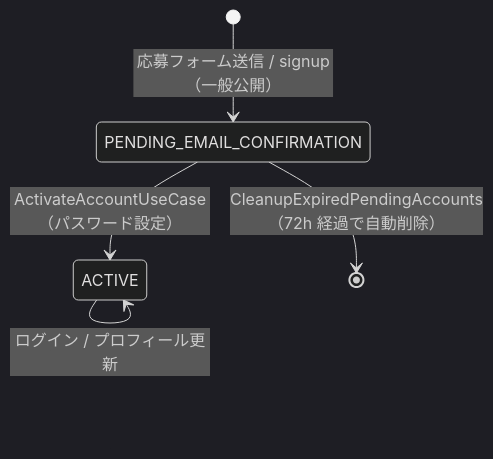
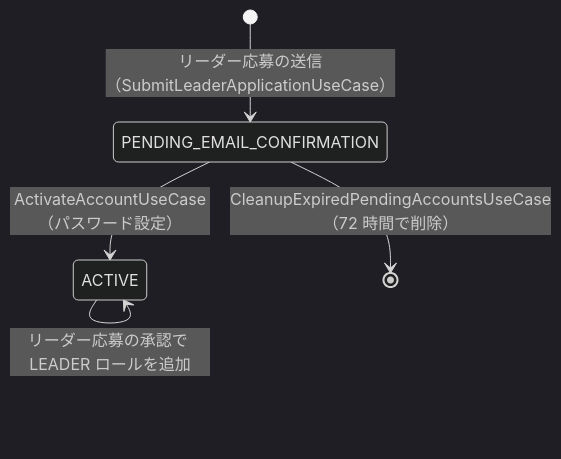
Before and after one commit to Physicalfunding/PhysiFun: the fourth of 5 diagrams in docs/specs/02_domain-model.md, drawn with Mermaid (dark theme). The commit also changed other lines of this file and 4 other files, not shown here.

````diff
--- a/docs/specs/02_domain-model.md
+++ b/docs/specs/02_domain-model.md
@@ -368,7 +282,7 @@
 ```mermaid
 stateDiagram-v2
-    [*] --> PENDING_EMAIL_CONFIRMATION : 応募フォーム送信 / signup（一般公開）
+    [*] --> PENDING_EMAIL_CONFIRMATION : リーダー応募の送信（SubmitLeaderApplicationUseCase）
     PENDING_EMAIL_CONFIRMATION --> ACTIVE : ActivateAccountUseCase（パスワード設定）
-    PENDING_EMAIL_CONFIRMATION --> [*] : CleanupExpiredPendingAccounts（72h 経過で自動削除）
-    ACTIVE --> ACTIVE : ログイン / プロフィール更新
+    PENDING_EMAIL_CONFIRMATION --> [*] : CleanupExpiredPendingAccountsUseCase（72 時間で削除）
+    ACTIVE --> ACTIVE : リーダー応募の承認で LEADER ロールを追加
 ```
````
